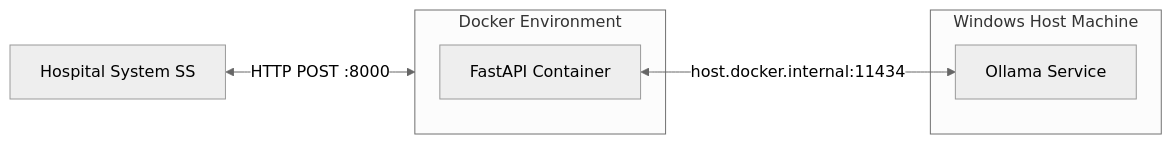
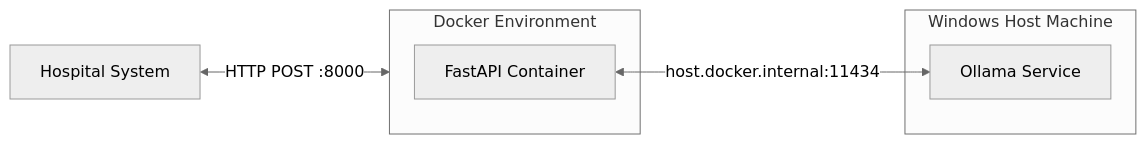
The diagram in README.md (khasemsanm-afk/Gallstone-Model), drawn with Mermaid (neutral theme) before and after one commit. The commit also changed other lines of this file, not shown here.

````diff
--- a/README.md
+++ b/README.md
@@ -13,11 +13,11 @@
 ```mermaid
 flowchart LR
-    SS[Hospital System SS] <-->|HTTP POST :8000| Docker
+    SS[Hospital System] <-->|HTTP POST :8000| Docker
     subgraph Docker ["Docker Environment"]
         API[FastAPI Container]
     end
     subgraph Windows ["Windows Host Machine"]
         OLL[Ollama Service]
     end
     API <-->|host.docker.internal:11434| OLL
 ```
````
